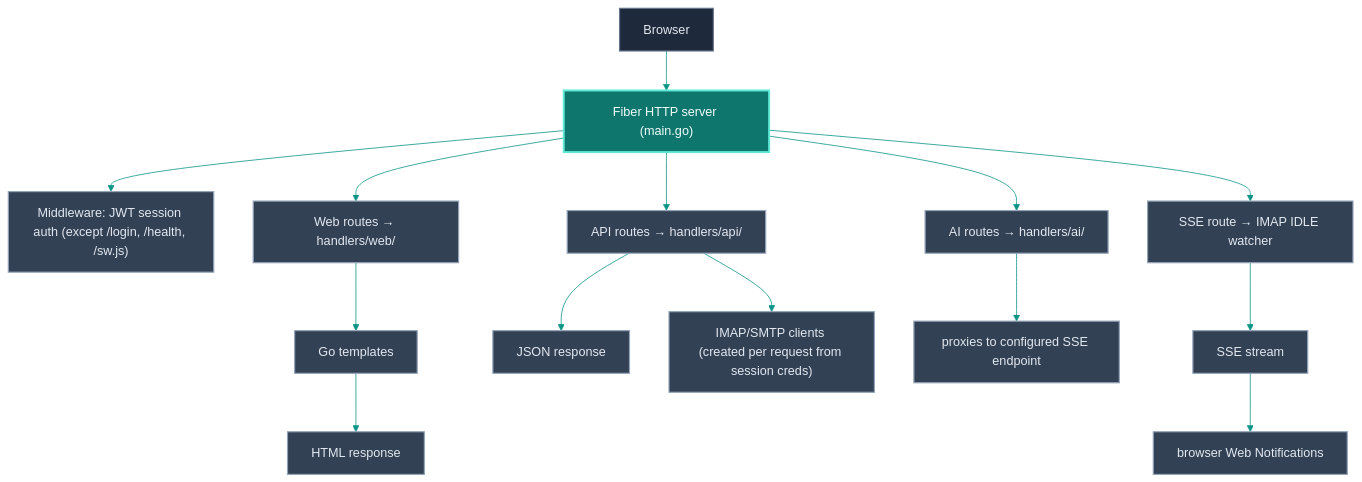
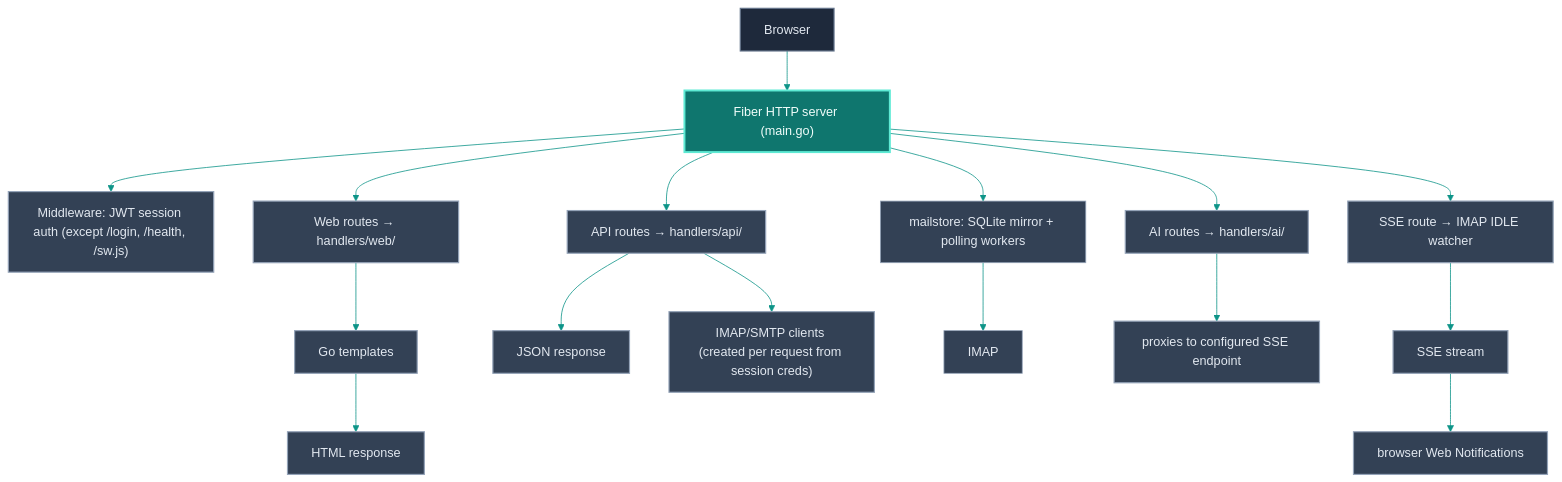
The diagram in docs/ARCHITECTURE.md (voidvon/inbrix), drawn with Mermaid before and after one commit. The commit also changed other lines of this file and 95 other files, not shown here.

````diff
--- a/docs/ARCHITECTURE.md
+++ b/docs/ARCHITECTURE.md
@@ -62,25 +63,27 @@
 ```mermaid
 %%{init: {'theme':'base','themeVariables':{'fontFamily':'ui-monospace, SFMono-Regular, Menlo, monospace','primaryColor':'#334155','primaryBorderColor':'#94a3b8','primaryTextColor':'#e2e8f0','lineColor':'#0d9488','edgeLabelBackground':'transparent','clusterBorder':'#3f8f86','clusterBkg':'transparent'}}}%%
 flowchart TD
     classDef entry fill:#1e293b,stroke:#64748b,color:#e2e8f0,stroke-width:1.5px;
     classDef server fill:#0f766e,stroke:#5eead4,color:#f0fdfa,stroke-width:2.5px;
     classDef backend fill:#334155,stroke:#94a3b8,color:#e2e8f0,stroke-width:1.5px;
 
     Browser --> Server["Fiber HTTP server (main.go)"]
     Server --> MW["Middleware: JWT session auth (except /login, /health, /sw.js)"]
     Server --> Web["Web routes → handlers/web/"]
     Web --> Tmpl["Go templates"]
     Tmpl --> HTML["HTML response"]
     Server --> API["API routes → handlers/api/"]
     API --> JSON["JSON response"]
     API --> Clients["IMAP/SMTP clients (created per request from session creds)"]
+    Server --> Mirror["mailstore: SQLite mirror + polling workers"]
+    Mirror --> IMAP
     Server --> AI["AI routes → handlers/ai/"]
     AI --> Proxy["proxies to configured SSE endpoint"]
     Server --> SSE["SSE route → IMAP IDLE watcher"]
     SSE --> Stream["SSE stream"]
     Stream --> Notif["browser Web Notifications"]
 
     class Browser entry
     class Server server
     class MW,Web,Tmpl,HTML,API,JSON,Clients,AI,Proxy,SSE,Stream,Notif backend
 ```
````
